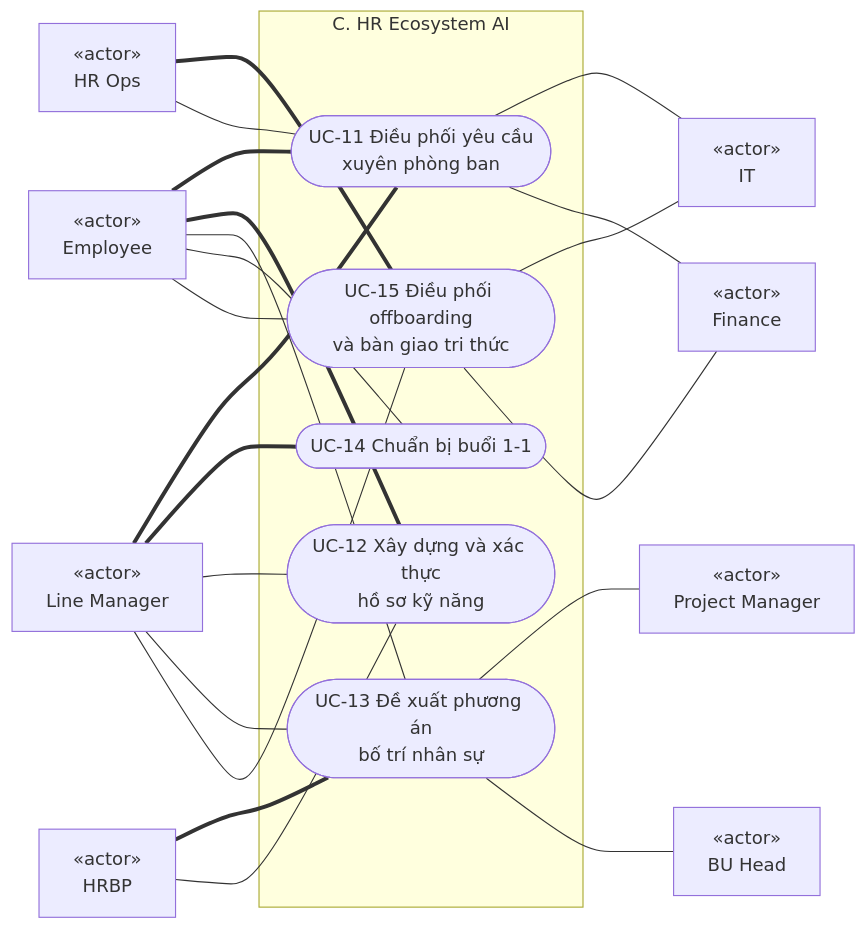
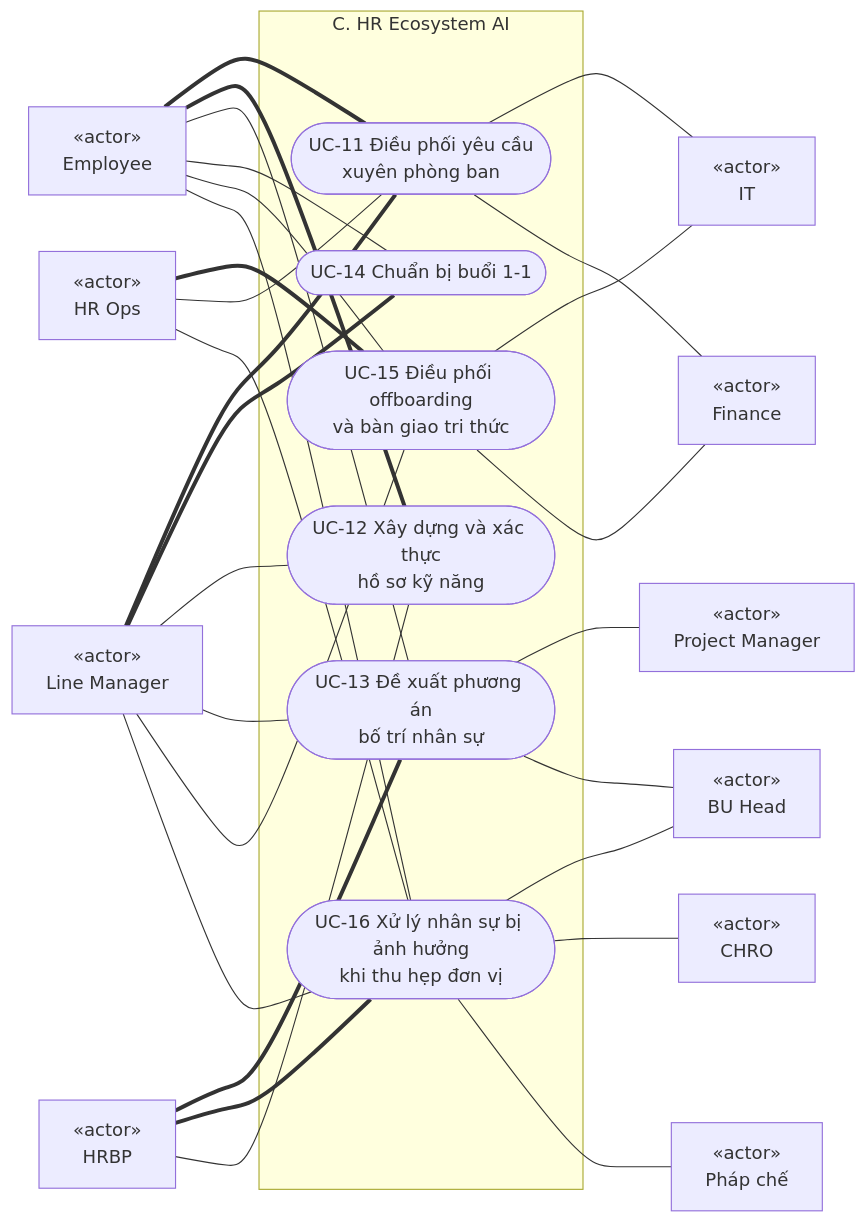
Before and after one commit to pbaodev/hrm-fuji: the fourth of 5 diagrams in docs/03-use-cases/UC_02_Diagrams.md, drawn with Mermaid. The commit also changed other lines of this file and 16 other files, not shown here.

````diff
--- a/docs/03-use-cases/UC_02_Diagrams.md
+++ b/docs/03-use-cases/UC_02_Diagrams.md
@@ -157,43 +159,53 @@
 ```mermaid
 flowchart LR
     EMP["«actor»<br/>Employee"]
     LM["«actor»<br/>Line Manager"]
     HRBP["«actor»<br/>HRBP"]
     OPS["«actor»<br/>HR Ops"]
 
     subgraph GC["C. HR Ecosystem AI"]
         UC11(["UC-11 Điều phối yêu cầu<br/>xuyên phòng ban"])
         UC12(["UC-12 Xây dựng và xác thực<br/>hồ sơ kỹ năng"])
         UC13(["UC-13 Đề xuất phương án<br/>bố trí nhân sự"])
         UC14(["UC-14 Chuẩn bị buổi 1-1"])
         UC15(["UC-15 Điều phối offboarding<br/>và bàn giao tri thức"])
+        UC16(["UC-16 Xử lý nhân sự bị ảnh hưởng<br/>khi thu hẹp đơn vị"])
     end
 
     IT["«actor»<br/>IT"]
     FIN["«actor»<br/>Finance"]
     PM["«actor»<br/>Project Manager"]
     BUH["«actor»<br/>BU Head"]
+    CHRO["«actor»<br/>CHRO"]
+    LEGAL["«actor»<br/>Pháp chế"]
 
     EMP === UC11
     EMP === UC12
     LM === UC11
     LM === UC14
     HRBP === UC13
+    HRBP === UC16
     OPS === UC15
 
     OPS --- UC11
     LM --- UC12
     HRBP --- UC12
     EMP --- UC13
     LM --- UC13
     EMP --- UC14
     EMP --- UC15
     LM --- UC15
+    EMP --- UC16
+    LM --- UC16
+    OPS --- UC16
 
     UC11 --- IT
     UC11 --- FIN
     UC13 --- PM
     UC13 --- BUH
     UC15 --- IT
     UC15 --- FIN
+    UC16 --- BUH
+    UC16 --- CHRO
+    UC16 --- LEGAL
 ```
````
